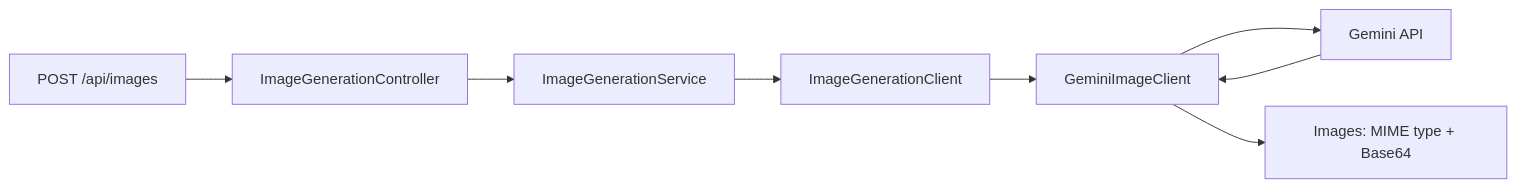
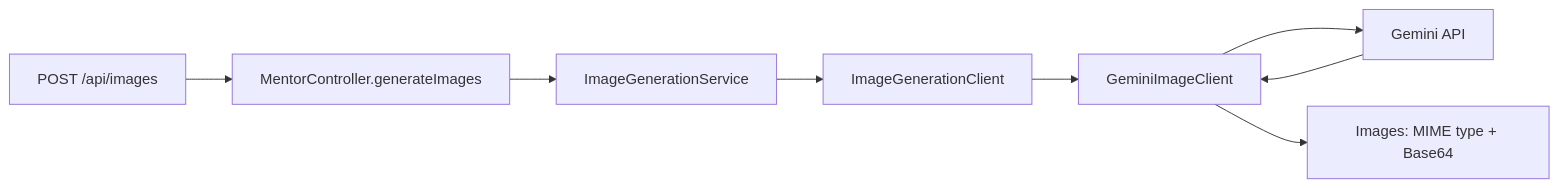
One commit to oibieldev/gamedev-mentor-API changed the diagram in README.md. Above: the diagram before and after it, drawn with Mermaid. The commit also changed other lines of this file and 5 other files, not shown here.

Commit message:
refactor(controller): move image endpoint into MentorController

````diff
--- a/README.md
+++ b/README.md
@@ -440,10 +441,10 @@
 ```mermaid
 flowchart LR
-    A[POST /api/images] --> B[ImageGenerationController]
+    A[POST /api/images] --> B[MentorController.generateImages]
     B --> C[ImageGenerationService]
     C --> D[ImageGenerationClient]
     D --> E[GeminiImageClient]
     E --> F[Gemini API]
     F --> E
     E --> G[Images: MIME type + Base64]
 ```
````
